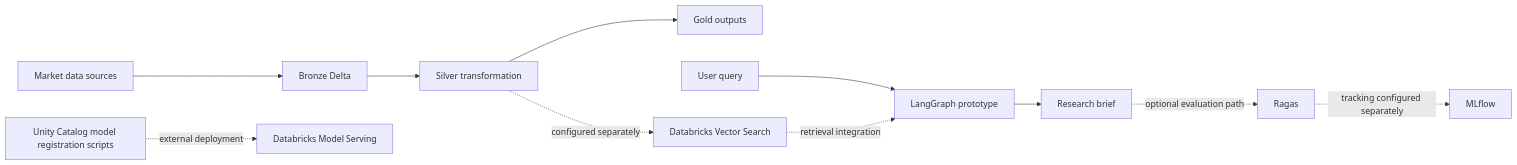
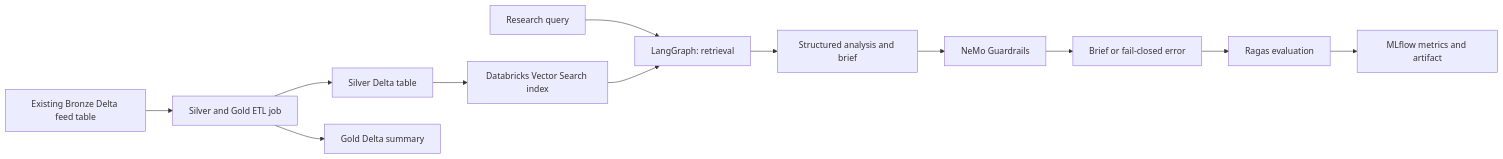
Before and after one commit to Boonsrp029/AMI-Engine: the diagram in README.md, drawn with Mermaid. The commit also changed other lines of this file and 28 other files, not shown here.

First line of the commit message:
feat: Enhance Databricks model serving and registration process

````diff
--- a/README.md
+++ b/README.md
@@ -35,13 +9,14 @@
 ```mermaid
 flowchart LR
-  A[Market data sources] --> B[Bronze Delta]
-  B --> C[Silver transformation]
-  C --> D[Gold outputs]
-  C -. configured separately .-> E[Databricks Vector Search]
-  F[User query] --> G[LangGraph prototype]
-  E -. retrieval integration .-> G
-  G --> H[Research brief]
-  H -. optional evaluation path .-> I[Ragas]
-  I -. tracking configured separately .-> J[MLflow]
-  K[Unity Catalog model registration scripts] -. external deployment .-> L[Databricks Model Serving]
+  A[Existing Bronze Delta feed table] --> B[Silver and Gold ETL job]
+  B --> C[Silver Delta table]
+  C --> D[Databricks Vector Search index]
+  Q[Research query] --> R[LangGraph: retrieval]
+  D --> R
+  R --> S[Structured analysis and brief]
+  S --> G[NeMo Guardrails]
+  G --> O[Brief or fail-closed error]
+  O --> E[Ragas evaluation]
+  E --> M[MLflow metrics and artifact]
+  B --> T[Gold Delta summary]
 ```
````
